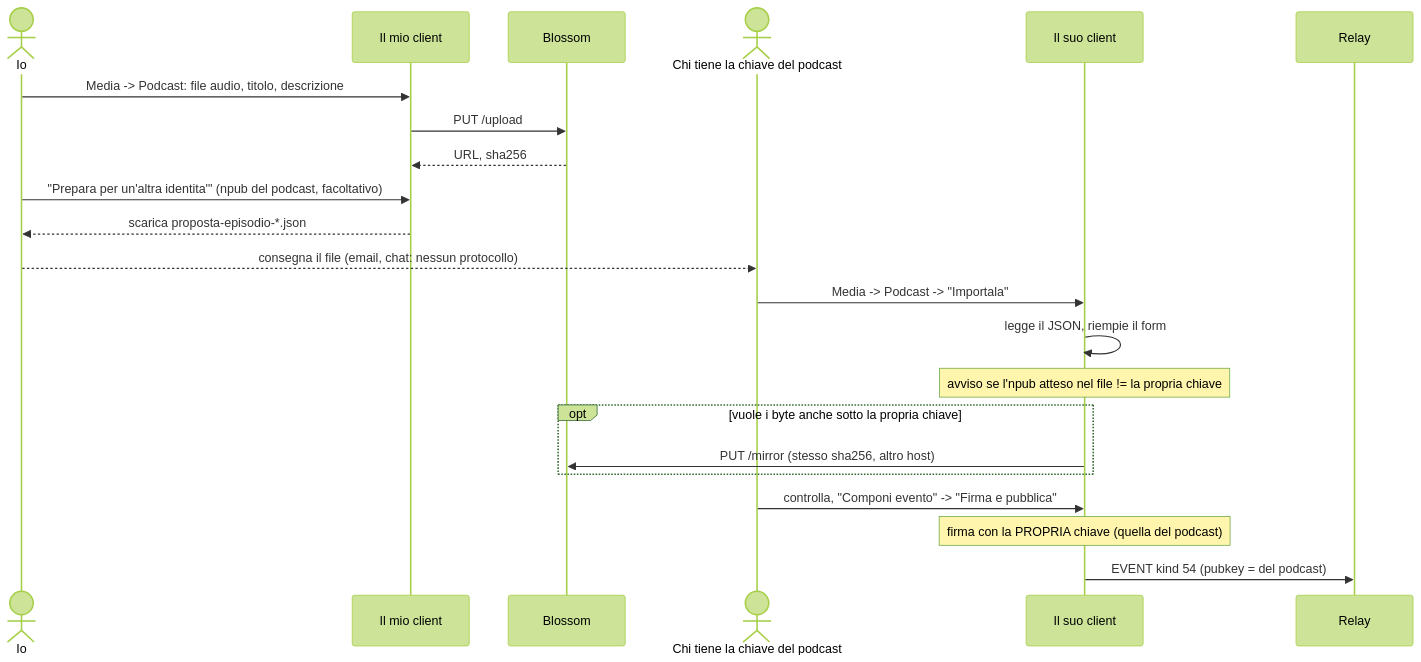
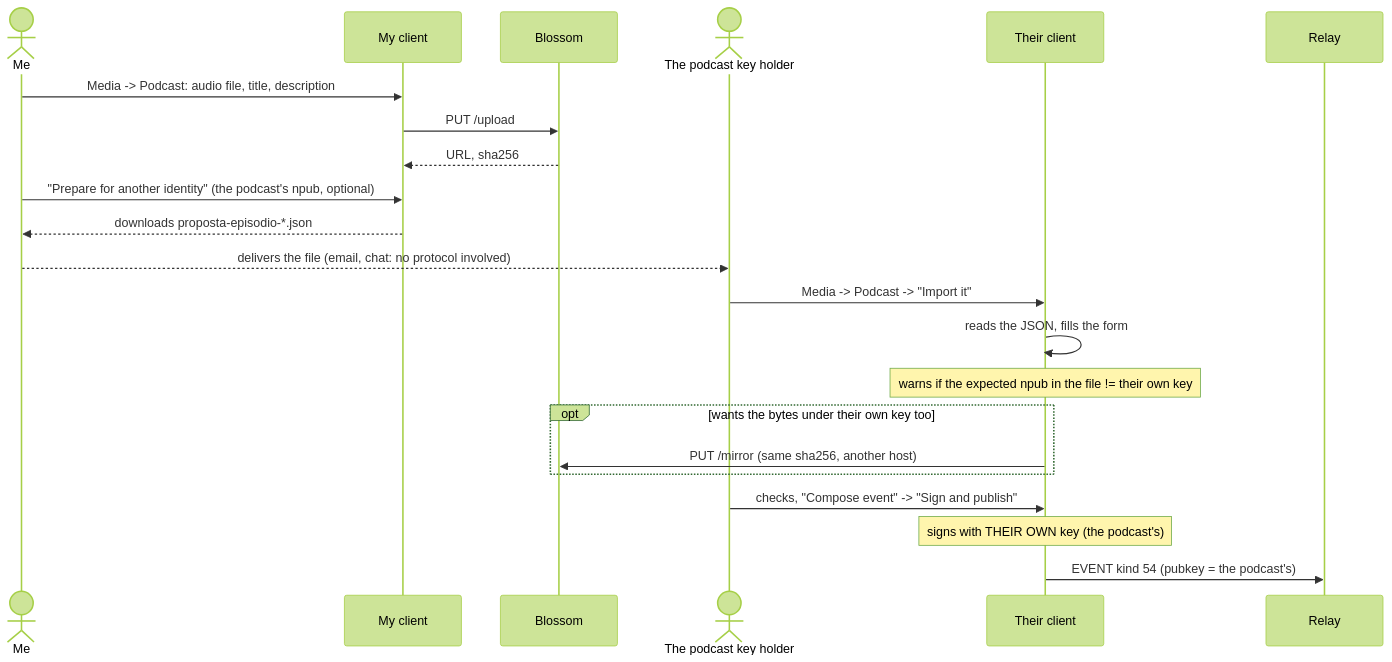
The fourth of 6 diagrams in docs/PODCAST.md (Tbc159/NostrMediaClient), drawn with Mermaid (forest theme) before and after one commit. The commit also changed other lines of this file and 8 other files, not shown here.

````diff
--- a/docs/PODCAST.md
+++ b/docs/PODCAST.md
@@ -211,25 +212,25 @@
 ```mermaid
 sequenceDiagram
-    actor Preparatore as Io
-    participant MioClient as Il mio client
+    actor Preparer as Me
+    participant MyClient as My client
     participant Blossom
-    actor Titolare as Chi tiene la chiave del podcast
-    participant SuoClient as Il suo client
+    actor Holder as The podcast key holder
+    participant TheirClient as Their client
     participant Relay
 
-    Preparatore->>MioClient: Media -> Podcast: file audio, titolo, descrizione
-    MioClient->>Blossom: PUT /upload
-    Blossom-->>MioClient: URL, sha256
-    Preparatore->>MioClient: "Prepara per un'altra identita'" (npub del podcast, facoltativo)
-    MioClient-->>Preparatore: scarica proposta-episodio-*.json
-    Preparatore-->>Titolare: consegna il file (email, chat: nessun protocollo)
-    Titolare->>SuoClient: Media -> Podcast -> "Importala"
-    SuoClient->>SuoClient: legge il JSON, riempie il form
-    Note over SuoClient: avviso se l'npub atteso nel file != la propria chiave
-    opt vuole i byte anche sotto la propria chiave
-        SuoClient->>Blossom: PUT /mirror (stesso sha256, altro host)
+    Preparer->>MyClient: Media -> Podcast: audio file, title, description
+    MyClient->>Blossom: PUT /upload
+    Blossom-->>MyClient: URL, sha256
+    Preparer->>MyClient: "Prepare for another identity" (the podcast's npub, optional)
+    MyClient-->>Preparer: downloads proposta-episodio-*.json
+    Preparer-->>Holder: delivers the file (email, chat: no protocol involved)
+    Holder->>TheirClient: Media -> Podcast -> "Import it"
+    TheirClient->>TheirClient: reads the JSON, fills the form
+    Note over TheirClient: warns if the expected npub in the file != their own key
+    opt wants the bytes under their own key too
+        TheirClient->>Blossom: PUT /mirror (same sha256, another host)
     end
-    Titolare->>SuoClient: controlla, "Componi evento" -> "Firma e pubblica"
-    Note over SuoClient: firma con la PROPRIA chiave (quella del podcast)
-    SuoClient->>Relay: EVENT kind 54 (pubkey = del podcast)
+    Holder->>TheirClient: checks, "Compose event" -> "Sign and publish"
+    Note over TheirClient: signs with THEIR OWN key (the podcast's)
+    TheirClient->>Relay: EVENT kind 54 (pubkey = the podcast's)
 ```
````
